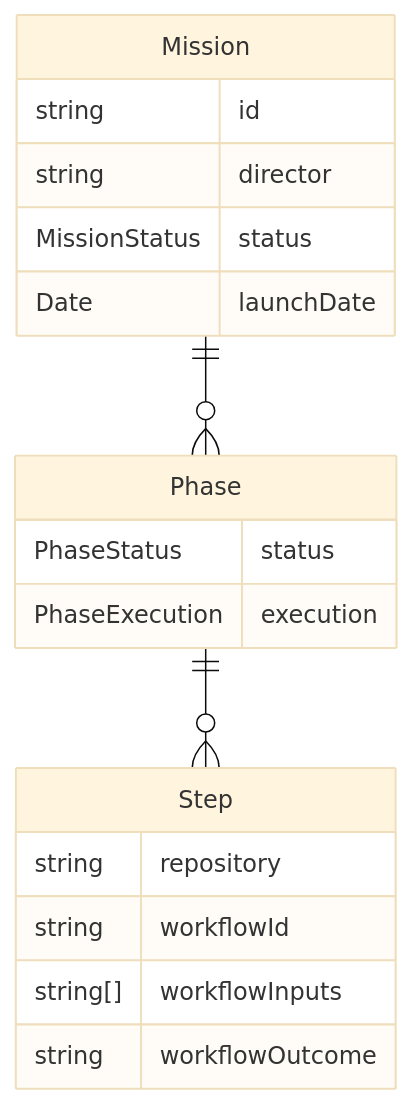
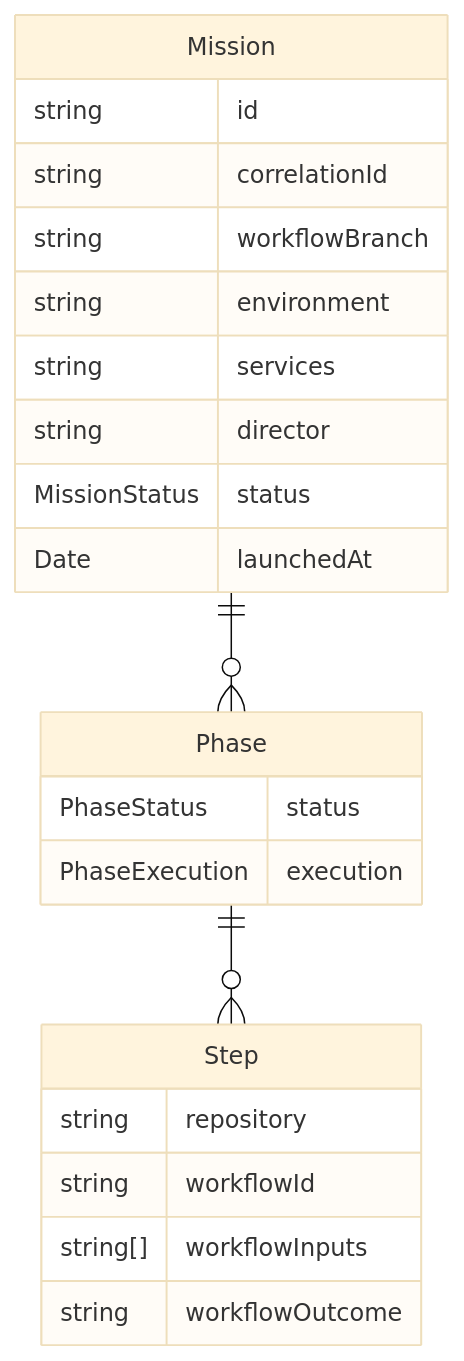
The diagram in packages/domain/README.md (Laerolf/liftoff), drawn with Mermaid (base theme) before and after one commit. The commit also changed 4 other files, not shown here.

Commit message:
:sparkles: Add a correlation ID, target workflow branch name, target environment and target service IDS to a Mission

````diff
--- a/packages/domain/README.md
+++ b/packages/domain/README.md
@@ -7,24 +7,28 @@
 ```mermaid
 erDiagram
     Mission {
         string id
+        string correlationId
+        string workflowBranch
+        string environment
+        string services
         string director
         MissionStatus status
-        Date launchDate
+        Date launchedAt
     }
 
     Phase {
         PhaseStatus status
         PhaseExecution execution
     }
 
     Step {
         string repository
         string workflowId
         string[] workflowInputs
         string workflowOutcome
     }
 
     Mission ||--o{ Phase : " "
     Phase ||--o{ Step : " "
 ```
````
